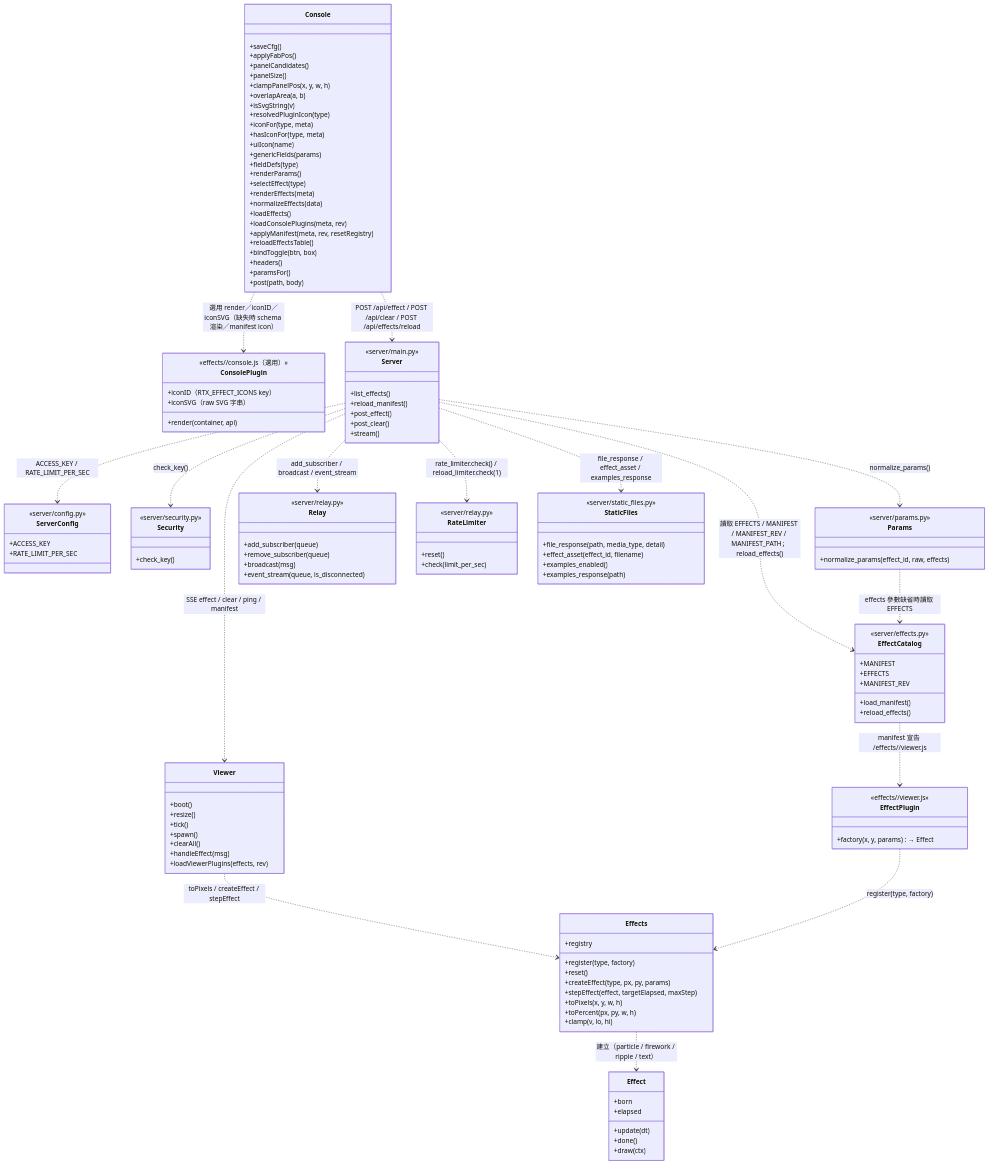
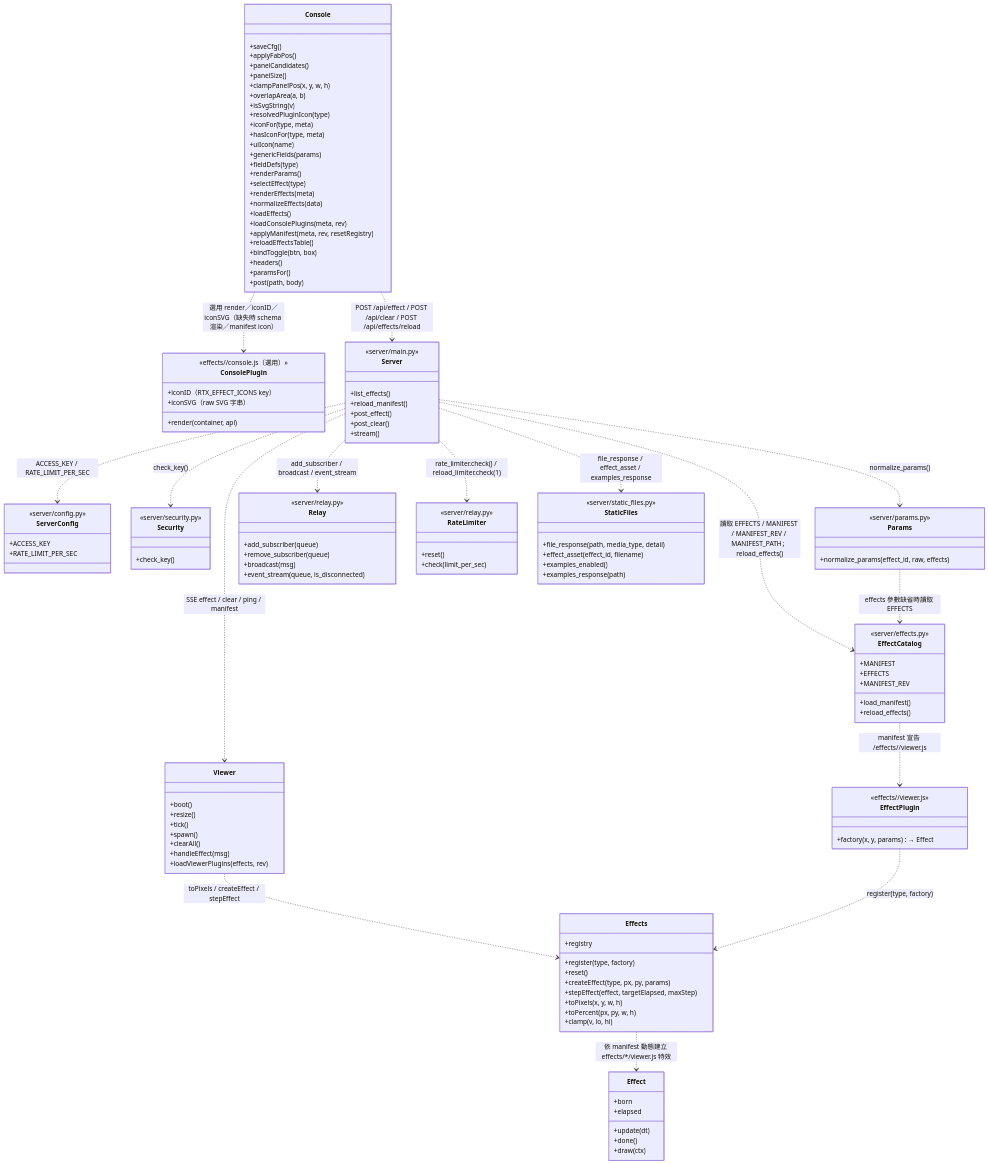
Before and after one commit to zivngit/Real-time-Interaction-html: the fifth of 6 diagrams in docs/agents/CALL_GRAPH.md, drawn with Mermaid. The commit also changed other lines of this file and 22 other files, not shown here.

```diff
--- a/docs/agents/CALL_GRAPH.md
+++ b/docs/agents/CALL_GRAPH.md
@@ -280,7 +280,7 @@
     }
     Viewer ..> Effects : toPixels / createEffect / stepEffect
     EffectPlugin ..> Effects : register(type, factory)
-    Effects ..> Effect : 建立（particle / firework / ripple / text）
+    Effects ..> Effect : 依 manifest 動態建立 effects/*/viewer.js 特效
     Console ..> ConsolePlugin : 選用 render／iconID／iconSVG（缺失時 schema 渲染／manifest icon）
     Console ..> Server : POST /api/effect / POST /api/clear / POST /api/effects/reload
     Server ..> EffectCatalog : 讀取 EFFECTS / MANIFEST / MANIFEST_REV / MANIFEST_PATH；reload_effects()
```
